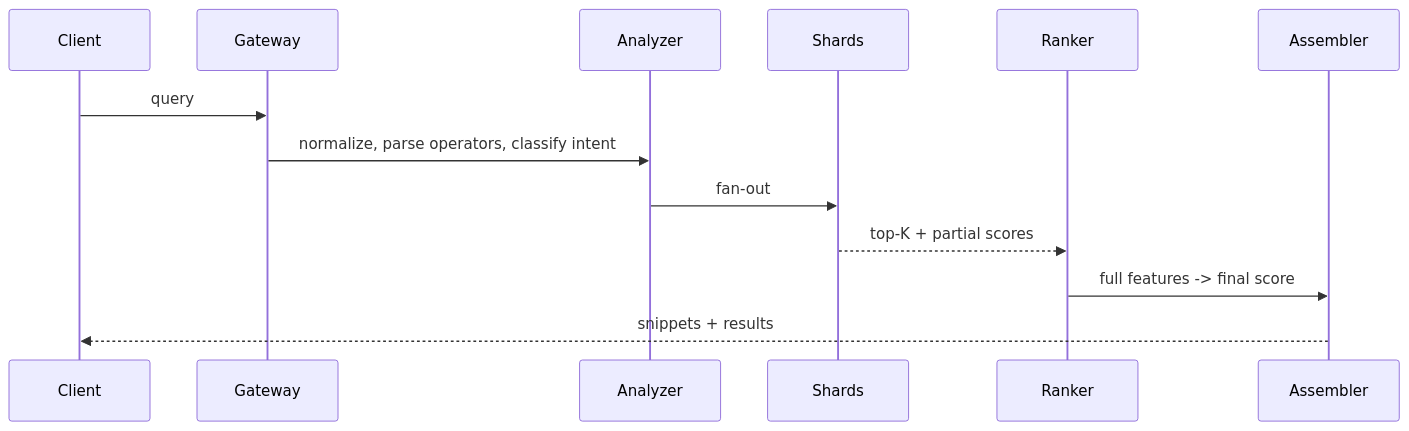
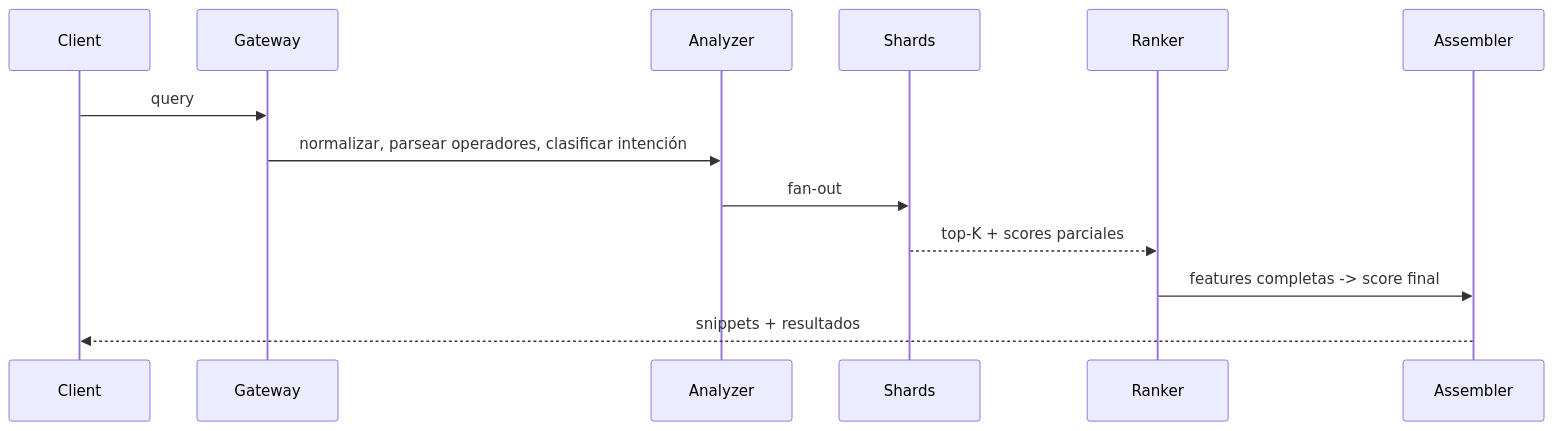
The second of 2 diagrams in wiki-i18n/es/Search-Engine.md (Pierry/harness-kit), drawn with Mermaid before and after one commit. The commit also changed other lines of this file and 130 other files, not shown here.

````diff
--- a/wiki-i18n/es/Search-Engine.md
+++ b/wiki-i18n/es/Search-Engine.md
@@ -195,9 +110,9 @@
 ```mermaid
 sequenceDiagram
   Client->>Gateway: query
-  Gateway->>Analyzer: normalize, parse operators, classify intent
+  Gateway->>Analyzer: normalizar, parsear operadores, clasificar intención
   Analyzer->>Shards: fan-out
-  Shards-->>Ranker: top-K + partial scores
-  Ranker->>Assembler: full features -> final score
-  Assembler-->>Client: snippets + results
+  Shards-->>Ranker: top-K + scores parciales
+  Ranker->>Assembler: features completas -> score final
+  Assembler-->>Client: snippets + resultados
 ```
````
